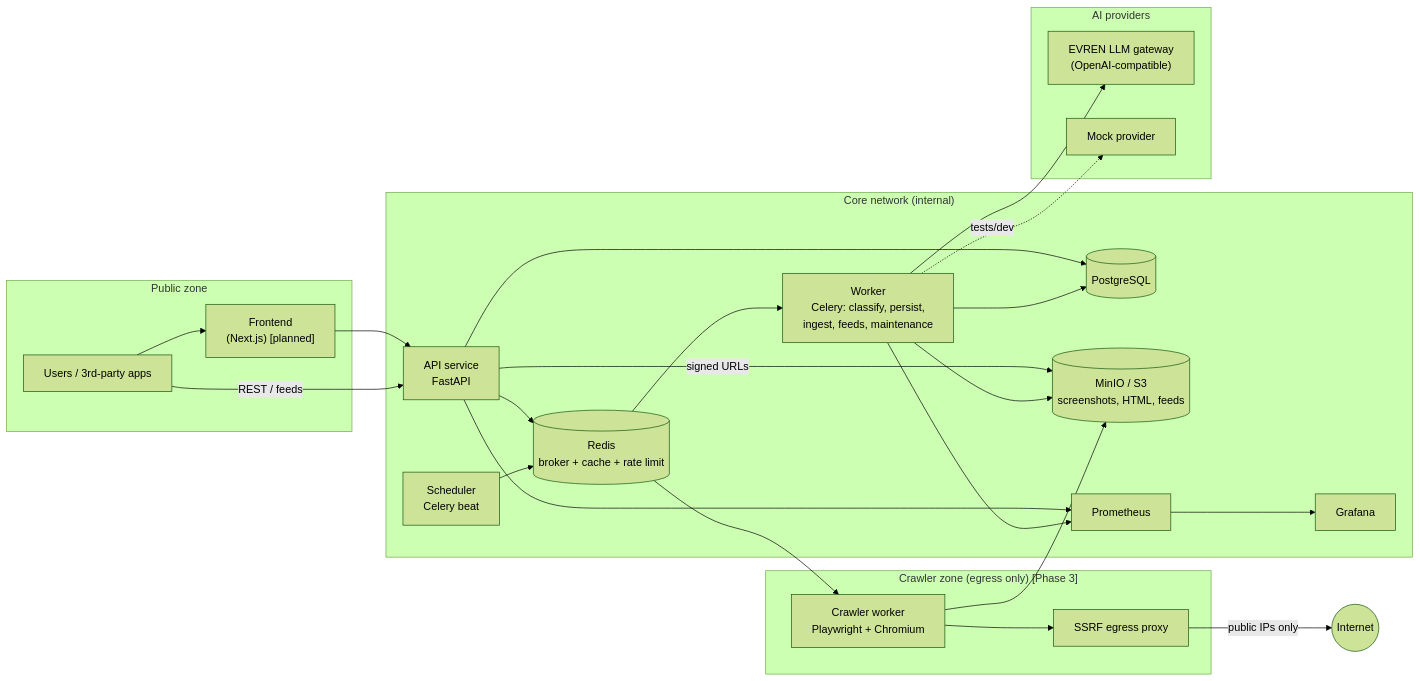
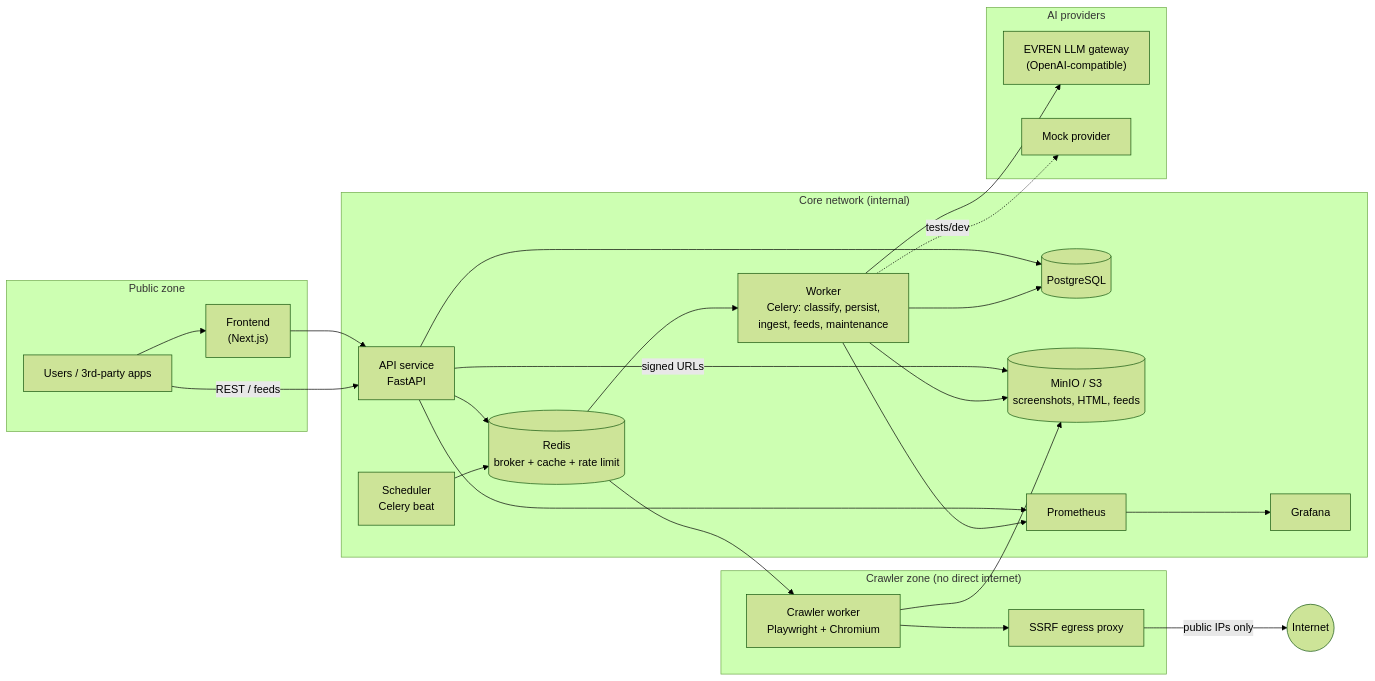
The first of 2 diagrams in documentation/ARCHITECTURE.md (L4zyK0ala/Cat-Egory), drawn with Mermaid (forest theme) before and after one commit. The commit also changed other lines of this file and 94 other files, not shown here.

````diff
--- a/documentation/ARCHITECTURE.md
+++ b/documentation/ARCHITECTURE.md
@@ -25,44 +25,44 @@
 ```mermaid
 flowchart LR
     subgraph Public["Public zone"]
         U[Users / 3rd-party apps]
-        FE["Frontend<br/>(Next.js) [planned]"]
+        FE["Frontend<br/>(Next.js)"]
     end
 
     subgraph Core["Core network (internal)"]
         API["API service<br/>FastAPI"]
         PG[(PostgreSQL)]
         RD[(Redis<br/>broker + cache + rate limit)]
         S3[(MinIO / S3<br/>screenshots, HTML, feeds)]
         WK["Worker<br/>Celery: classify, persist,<br/>ingest, feeds, maintenance"]
         BEAT["Scheduler<br/>Celery beat"]
         PROM[Prometheus] --> GRAF[Grafana]
     end
 
-    subgraph Egress["Crawler zone (egress only) [Phase 3]"]
+    subgraph Egress["Crawler zone (no direct internet)"]
         CR["Crawler worker<br/>Playwright + Chromium"]
         PX["SSRF egress proxy"]
     end
 
     subgraph AI["AI providers"]
         EV["EVREN LLM gateway<br/>(OpenAI-compatible)"]
         MK["Mock provider"]
     end
 
     U --> FE --> API
     U -->|REST / feeds| API
     API --> PG
     API --> RD
     API -->|signed URLs| S3
     BEAT --> RD
     RD --> WK
     RD --> CR
     WK --> PG
     WK --> S3
     WK --> EV
     WK -.tests/dev.-> MK
     CR --> S3
     CR --> PX -->|public IPs only| Internet((Internet))
     API --> PROM
     WK --> PROM
 ```
````
